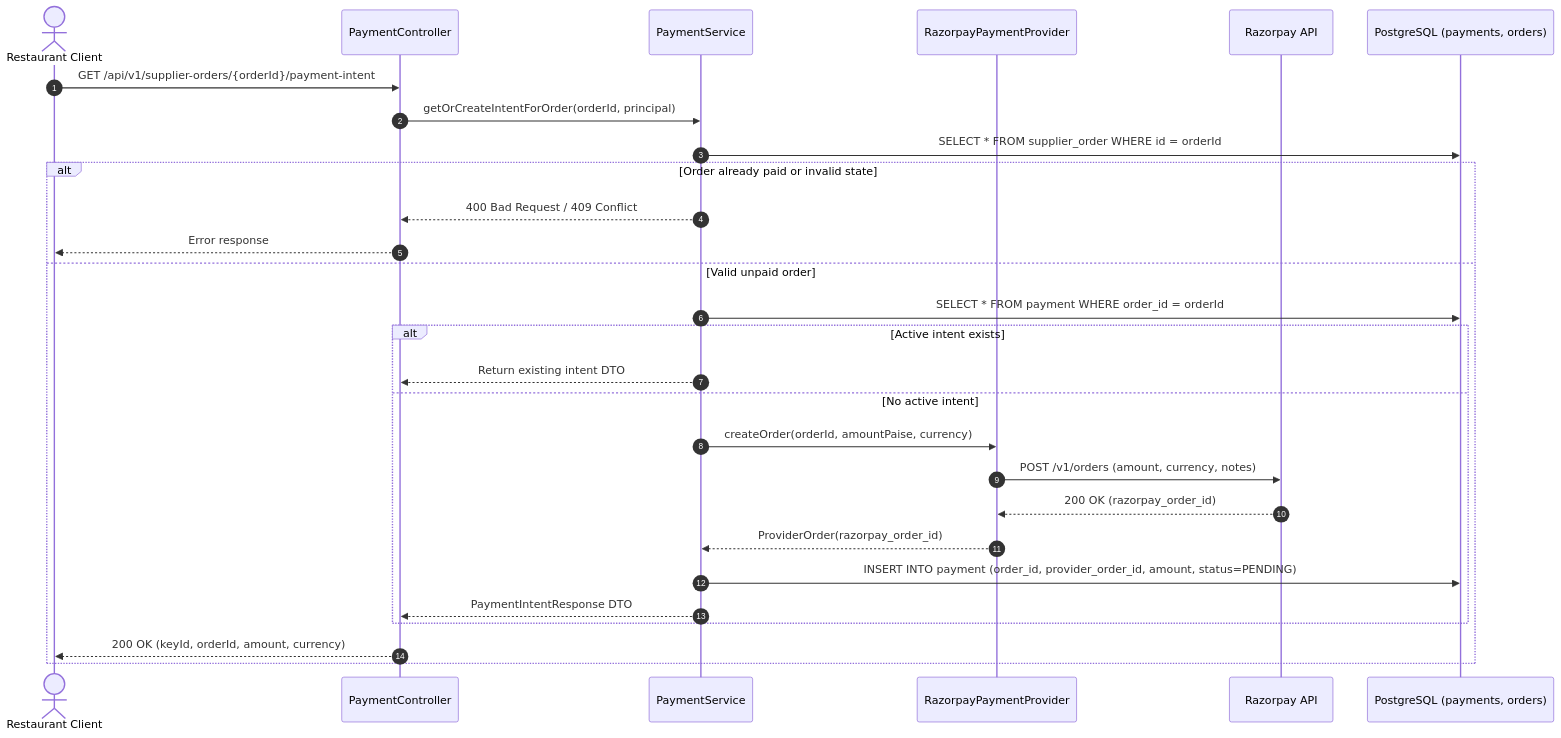
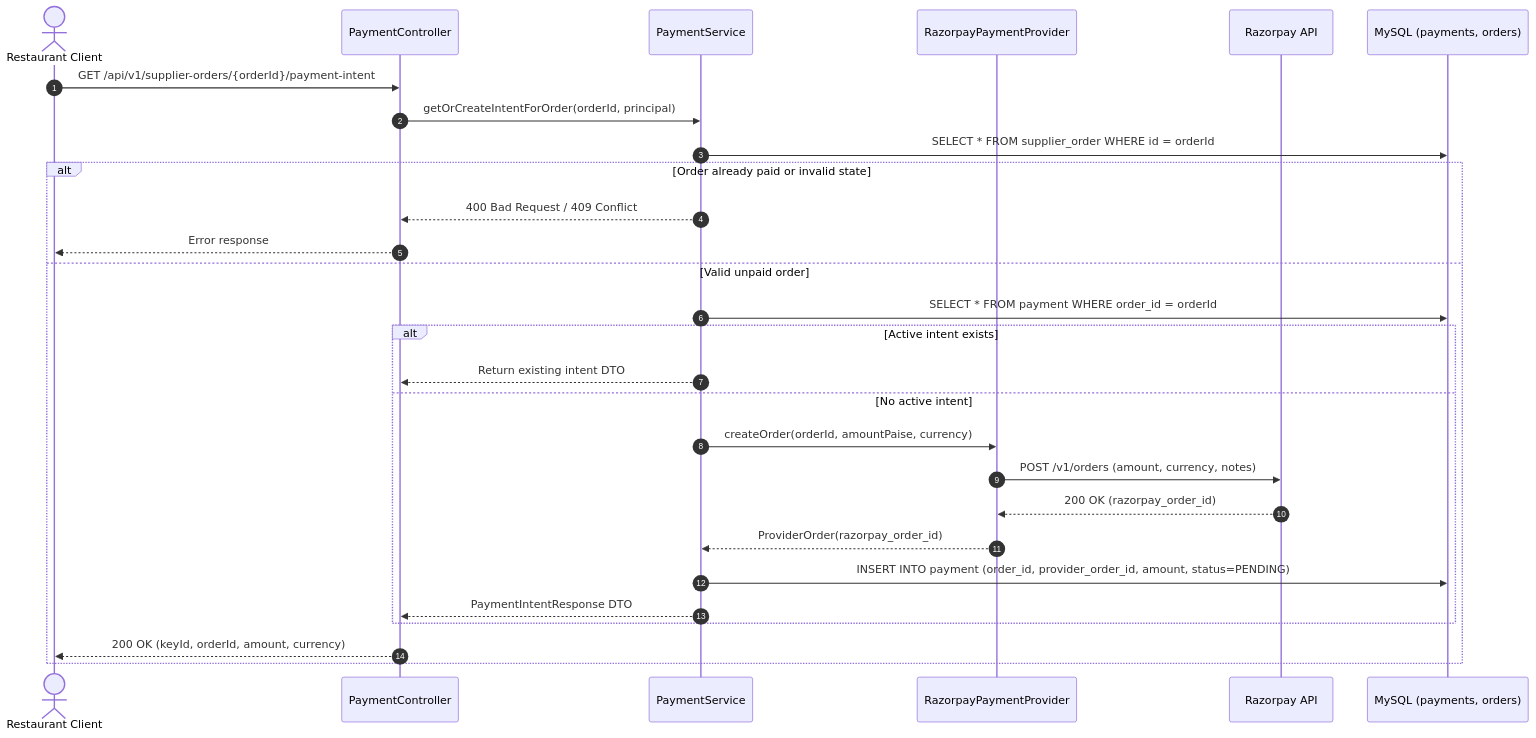
Before and after one commit to narasimha-reddy/costonomy-mp-api: the first of 8 diagrams in docs/architecture/sequence-diagrams/01-payment-and-wallet.md, drawn with Mermaid. The commit also changed other lines of this file and 19 other files, not shown here.

First line of the commit message:
docs(delivery): current state, diagrams, decisions D-204 to D-207, changelog and traceability

````diff
--- a/docs/architecture/sequence-diagrams/01-payment-and-wallet.md
+++ b/docs/architecture/sequence-diagrams/01-payment-and-wallet.md
@@ -10,31 +12,31 @@
 ```mermaid
 sequenceDiagram
     autonumber
     actor Client as Restaurant Client
     participant PC as PaymentController
     participant PS as PaymentService
     participant RP as RazorpayPaymentProvider
     participant RZ as Razorpay API
-    participant DB as PostgreSQL (payments, orders)
+    participant DB as MySQL (payments, orders)
 
     Client->>PC: GET /api/v1/supplier-orders/{orderId}/payment-intent
     PC->>PS: getOrCreateIntentForOrder(orderId, principal)
     PS->>DB: SELECT * FROM supplier_order WHERE id = orderId
     alt Order already paid or invalid state
         PS-->>PC: 400 Bad Request / 409 Conflict
         PC-->>Client: Error response
     else Valid unpaid order
         PS->>DB: SELECT * FROM payment WHERE order_id = orderId
         alt Active intent exists
             PS-->>PC: Return existing intent DTO
         else No active intent
             PS->>RP: createOrder(orderId, amountPaise, currency)
             RP->>RZ: POST /v1/orders (amount, currency, notes)
             RZ-->>RP: 200 OK (razorpay_order_id)
             RP-->>PS: ProviderOrder(razorpay_order_id)
             PS->>DB: INSERT INTO payment (order_id, provider_order_id, amount, status=PENDING)
             PS-->>PC: PaymentIntentResponse DTO
         end
         PC-->>Client: 200 OK (keyId, orderId, amount, currency)
     end
 ```
````
